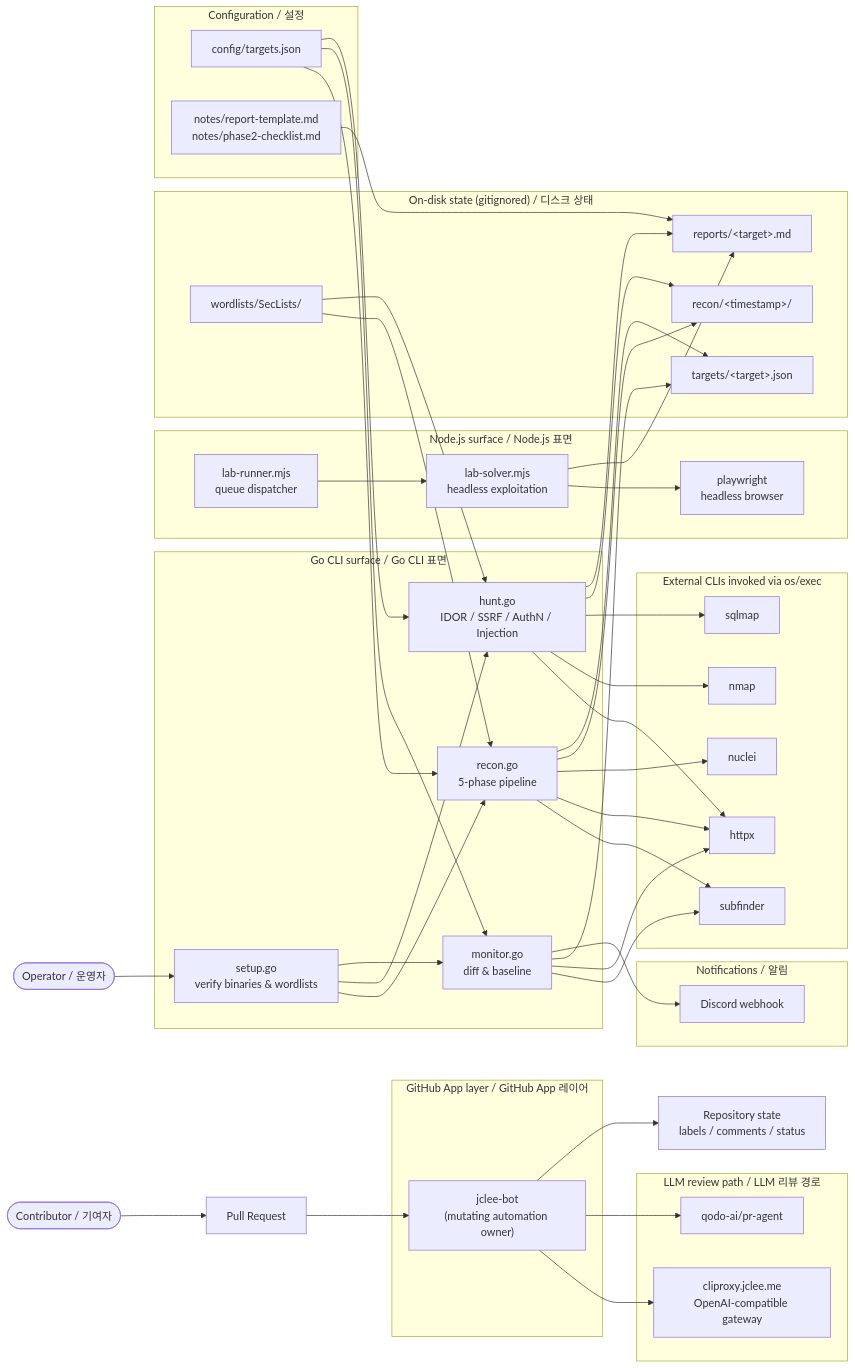
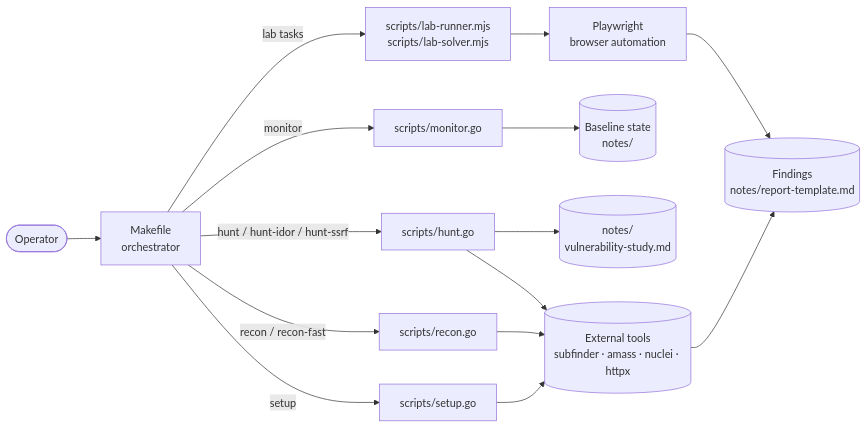
One commit to jclee941/bug changed the diagram in README.md. Above: the diagram before and after it, drawn with Mermaid. The commit also changed other lines of this file, not shown here.

````diff
--- a/README.md
+++ b/README.md
@@ -74,88 +53,19 @@
 ```mermaid
 flowchart LR
-    subgraph CLI["Go CLI surface / Go CLI 표면"]
-        setup["setup.go<br/>verify binaries &amp; wordlists"]
-        recon["recon.go<br/>5-phase pipeline"]
-        monitor["monitor.go<br/>diff &amp; baseline"]
-        hunt["hunt.go<br/>IDOR / SSRF / AuthN / Injection"]
-    end
+    User([Operator]) --> Make[Makefile<br/>orchestrator]
+    Make -->|setup| Setup[scripts/setup.go]
+    Make -->|recon / recon-fast| Recon[scripts/recon.go]
+    Make -->|monitor| Monitor[scripts/monitor.go]
+    Make -->|hunt / hunt-idor / hunt-ssrf| Hunt[scripts/hunt.go]
+    Make -->|lab tasks| LabJS[scripts/lab-runner.mjs<br/>scripts/lab-solver.mjs]
 
-    subgraph NODE["Node.js surface / Node.js 표면"]
-        labRun["lab-runner.mjs<br/>queue dispatcher"]
-        labSolve["lab-solver.mjs<br/>headless exploitation"]
-        pw["playwright<br/>headless browser"]
-    end
+    Setup --> Tools[(External tools<br/>subfinder · amass · nuclei · httpx)]
+    Recon --> Tools
+    Monitor --> State[(Baseline state<br/>notes/)]
+    Hunt --> Tools
+    Hunt --> Notes[(notes/<br/>vulnerability-study.md)]
 
-    subgraph EXT["External CLIs invoked via os/exec"]
-        subfinder["subfinder"]
-        httpx["httpx"]
-        nuclei["nuclei"]
-        nmap["nmap"]
-        sqlmap["sqlmap"]
-    end
-
-    subgraph STORE["On-disk state (gitignored) / 디스크 상태"]
-        reconDir["recon/&lt;timestamp&gt;/"]
-        targetsDir["targets/&lt;target&gt;.json"]
-        reportsDir["reports/&lt;target&gt;.md"]
-        wordlists["wordlists/SecLists/"]
-    end
-
-    subgraph CFG["Configuration / 설정"]
-        cfg["config/targets.json"]
-        notes["notes/report-template.md<br/>notes/phase2-checklist.md"]
-    end
-
-    subgraph ALERT["Notifications / 알림"]
-        discord["Discord webhook"]
-    end
-
-    subgraph LLM["LLM review path / LLM 리뷰 경로"]
-        proxy["cliproxy.jclee.me<br/>OpenAI-compatible gateway"]
-        pragent["qodo-ai/pr-agent"]
-    end
-
-    subgraph APP["GitHub App layer / GitHub App 레이어"]
-        bot["jclee-bot<br/>(mutating automation owner)"]
-    end
-
-    User([Operator / 운영자]) --> setup
-    setup --> recon
-    setup --> hunt
-    setup --> monitor
-
-    cfg --> recon
-    cfg --> monitor
-    cfg --> hunt
-
-    recon --> subfinder
-    recon --> httpx
-    recon --> nuclei
-    recon --> reconDir
-    recon --> targetsDir
-
-    monitor --> subfinder
-    monitor --> httpx
-    monitor --> targetsDir
-    monitor --> discord
-
-    hunt --> httpx
-    hunt --> nmap
-    hunt --> sqlmap
-    hunt --> reconDir
-    hunt --> reportsDir
-
-    notes --> reportsDir
-    wordlists --> recon
-    wordlists --> hunt
-
-    labRun --> labSolve
-    labSolve --> pw
-    labSolve --> reportsDir
-
-    Contributor([Contributor / 기여자]) --> PR["Pull Request"]
-    PR --> bot
-    bot --> proxy
-    bot --> pragent
-    bot --> RepoState["Repository state<br/>labels / comments / status"]
+    LabJS --> Playwright[Playwright<br/>browser automation]
+    Tools --> Findings[(Findings<br/>notes/report-template.md)]
+    Playwright --> Findings
 ```
````
